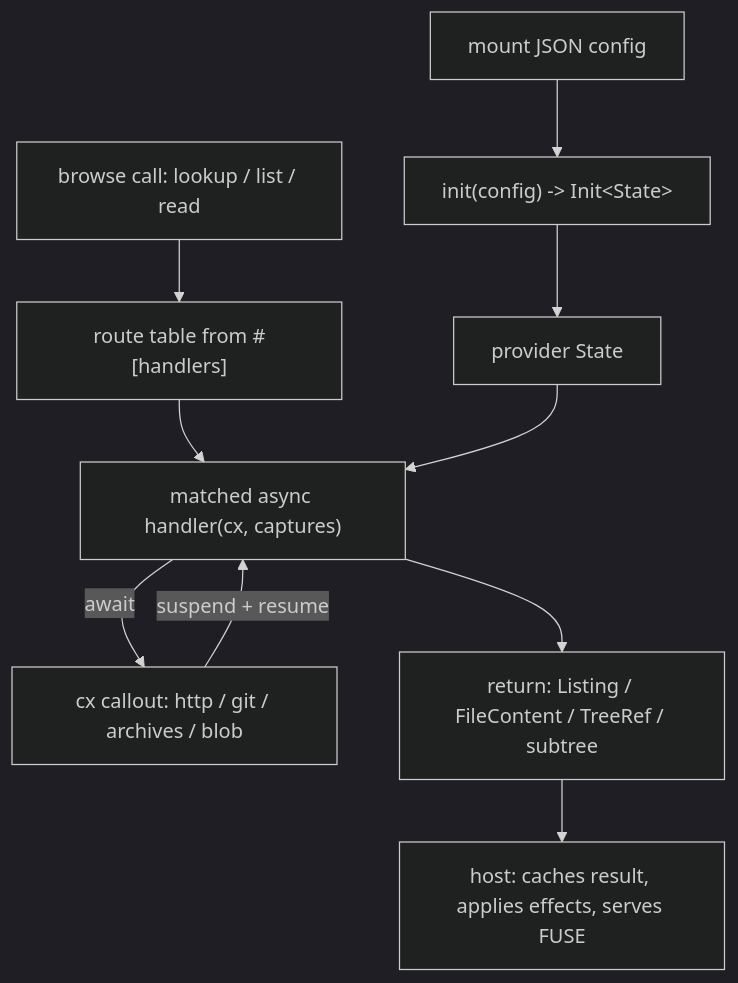
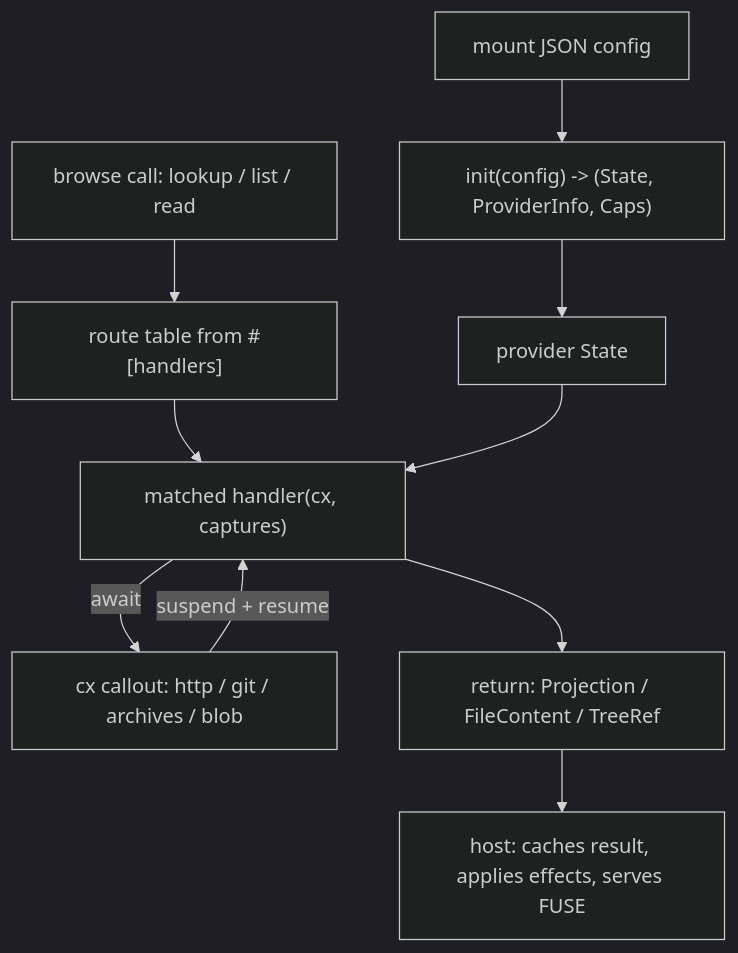
The diagram in website/src/content/docs/building-providers/overview.md (0xff-ai/omnifs), drawn with Mermaid (dark theme) before and after one commit. The commit also changed other lines of this file and 11 other files, not shown here.

````diff
--- a/website/src/content/docs/building-providers/overview.md
+++ b/website/src/content/docs/building-providers/overview.md
@@ -83,12 +96,12 @@
 ```mermaid
 flowchart TD
-    M["mount JSON config"] --> I["init(config) -> Init&lt;State&gt;"]
+    M["mount JSON config"] --> I["init(config) -> (State, ProviderInfo, Caps)"]
     I --> ST["provider State"]
     P["browse call: lookup / list / read"] --> R["route table from #[handlers]"]
-    R --> H["matched async handler(cx, captures)"]
+    R --> H["matched handler(cx, captures)"]
     ST --> H
     H -->|await| O["cx callout: http / git / archives / blob"]
     O -->|suspend + resume| H
-    H --> T["return: Listing / FileContent / TreeRef / subtree"]
+    H --> T["return: Projection / FileContent / TreeRef"]
     T --> HOST["host: caches result, applies effects, serves FUSE"]
 ```
````
